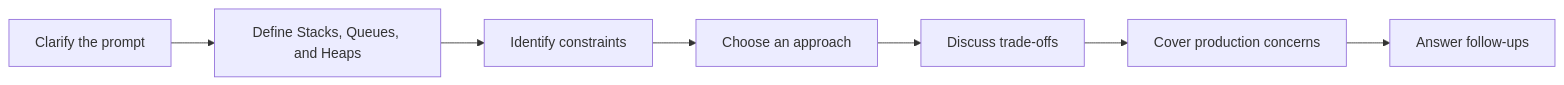
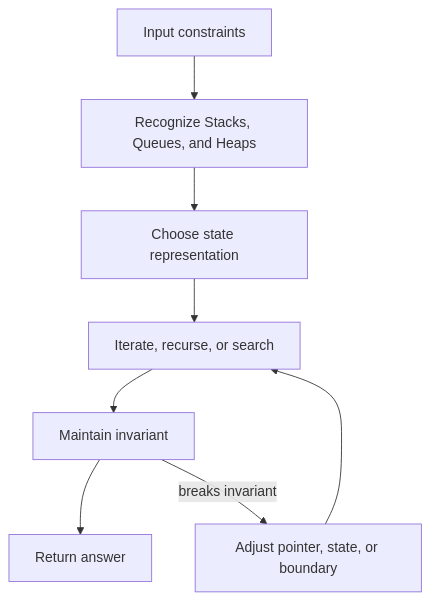
One commit to abstractinterviews/abstractinterviews.github.io changed the diagram in data-structures/stacks-queues-heaps/index.md. Above: the diagram before and after it, drawn with Mermaid. The commit also changed other lines of this file and 278 other files, not shown here.

````diff
--- a/data-structures/stacks-queues-heaps/index.md
+++ b/data-structures/stacks-queues-heaps/index.md
@@ -111,9 +113,10 @@
-~~~mermaid
-flowchart LR
-    A["Clarify the prompt"] --> B["Define Stacks, Queues, and Heaps"]
-    B --> C["Identify constraints"]
-    C --> D["Choose an approach"]
-    D --> E["Discuss trade-offs"]
-    E --> F["Cover production concerns"]
-    F --> G["Answer follow-ups"]
-~~~
+```mermaid
+flowchart TD
+    Input["Input constraints"] --> Pattern["Recognize Stacks, Queues, and Heaps"]
+    Pattern --> State["Choose state representation"]
+    State --> Iterate["Iterate, recurse, or search"]
+    Iterate --> Check["Maintain invariant"]
+    Check --> Result["Return answer"]
+    Check -->|breaks invariant| Fix["Adjust pointer, state, or boundary"]
+    Fix --> Iterate
+```
````
